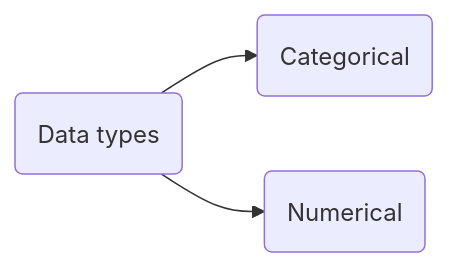
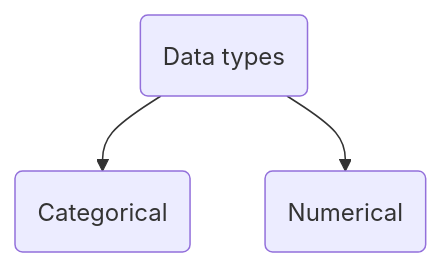
The diagram in session-descriptive/data-types.qmd (NBISweden/workshop-mlbiostatistics), drawn with Mermaid before and after one commit. The commit also changed other lines of this file and 119 other files, not shown here.

````diff
--- a/session-descriptive/data-types.qmd
+++ b/session-descriptive/data-types.qmd
@@ -6,5 +6,5 @@
 ```{mermaid}
-flowchart LR
+flowchart TD
   A(Data types) --> B(Categorical)
   A(Data types) --> C(Numerical)
 ```
````
